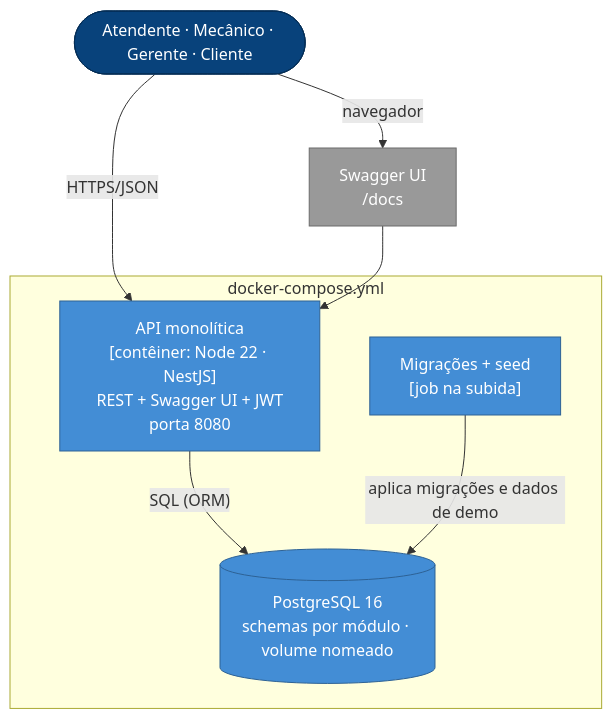
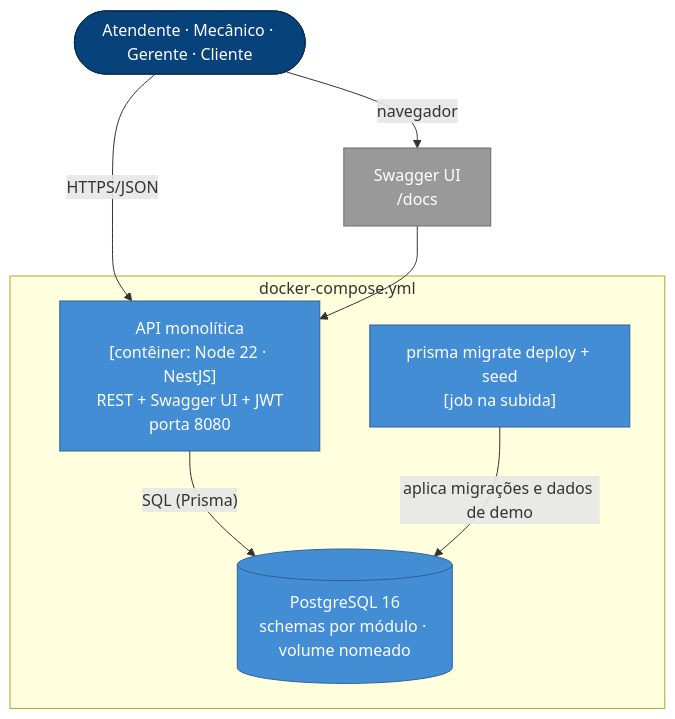
One commit to HermandoThiago/FIAP-SOAT changed the second of 4 diagrams in docs/04-arquitetura/visao-geral.md. Above: the diagram before and after it, drawn with Mermaid. The commit also changed other lines of this file and 57 other files, not shown here.

````diff
--- a/docs/04-arquitetura/visao-geral.md
+++ b/docs/04-arquitetura/visao-geral.md
@@ -31,18 +33,18 @@
 ```mermaid
 flowchart TB
     classDef pessoa fill:#08427b,stroke:#052e56,color:#fff
     classDef cont fill:#438dd5,stroke:#2e6295,color:#fff
     classDef externo fill:#999999,stroke:#6b6b6b,color:#fff
 
     U([Atendente · Mecânico · Gerente · Cliente]):::pessoa
     subgraph Compose["docker-compose.yml"]
         API["API monolítica<br/>[contêiner: Node 22 · NestJS]<br/>REST + Swagger UI + JWT<br/>porta 8080"]:::cont
         DB[("PostgreSQL 16<br/>schemas por módulo · volume nomeado")]:::cont
-        MIG["Migrações + seed<br/>[job na subida]"]:::cont
+        MIG["prisma migrate deploy + seed<br/>[job na subida]"]:::cont
     end
     SW["Swagger UI<br/>/docs"]:::externo
     U -- "HTTPS/JSON" --> API
     U -- "navegador" --> SW --> API
-    API -- "SQL (ORM)" --> DB
+    API -- "SQL (Prisma)" --> DB
     MIG -- "aplica migrações e dados de demo" --> DB
 ```
````
